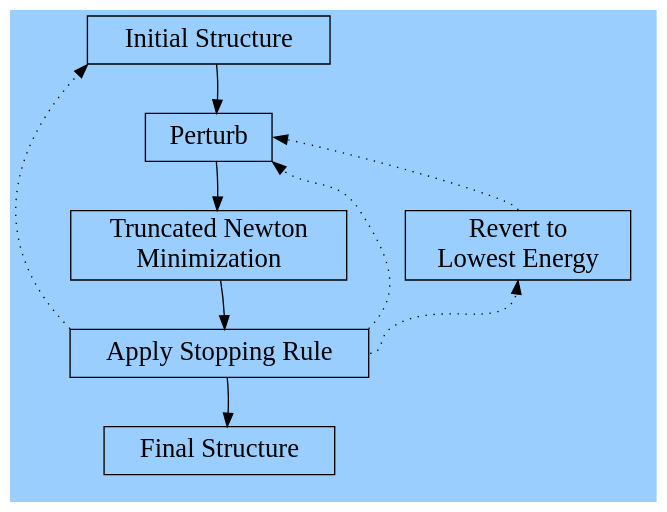
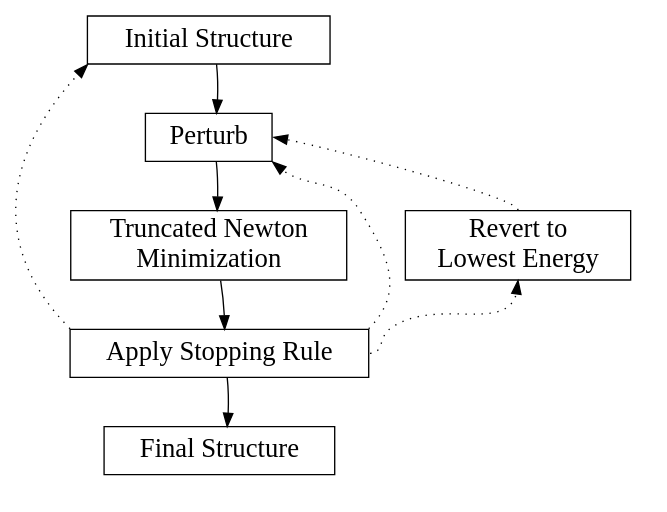
One commit to jbylund/columbia_thesis changed the diagram in dot_files/bfba280abbfd55ca521937ebee6d8d99.dot. Above: the diagram before and after it, drawn with Graphviz. The commit also changed 11 other files, not shown here.

```diff
--- a/dot_files/bfba280abbfd55ca521937ebee6d8d99.dot
+++ b/dot_files/bfba280abbfd55ca521937ebee6d8d99.dot
@@ -1,77 +1,77 @@
 digraph world {
 rankdir="TB"
 //splines=true
 //size="8,8"
-bgcolor="0.58 0.40 1.00"
+//bgcolor="0.58 0.40 1.00"
 //ordering=out;
 
 node [fontsize=20, shape = record];
 //overlap=false
 
 subgraph cluster_0
 {
 	style=invisible;
 	edge [style=invisible,dir=none];
 	start -> perturb -> minimize -> stopping_rule -> final;
 }
 
 subgraph cluster_1 {
 	style=invisible;
 	node [style=invisible];
 	edge [style=invisible,dir=none];
 	b1 -> b2 -> revert_lowest -> b4 -> b5;
 	revert_lowest [ style = solid ];
 }
 
 minimize -> stopping_rule;
 perturb -> minimize;
 revert_lowest:n -> perturb:e [ style = "dotted" ];
 start -> perturb;
 stopping_rule -> final;
 stopping_rule:e -> revert_lowest:s [ style = "dotted" ];
 stopping_rule:ne -> perturb:se [ style = "dotted" ];
 stopping_rule:nw -> start:sw [ style = "dotted" ];
 
 start [label="Initial Structure"];
 perturb [label="Perturb"];
 minimize [label="Truncated Newton\nMinimization"];
 stopping_rule [label="Apply Stopping Rule"];
 final [label="Final Structure"];
 revert_lowest [label="Revert to\nLowest Energy"];
 
 { rank=same; start b1; }
 }
 
 
 //subgraph cluster_0 {
 //style="invisible"
 
 //perturb [label = "Perturb"];
 //stop_rule [label = "Apply Stopping Rule"];
 //finish [label = "Finish"];
 //}
 
 //minimize [label = "TN-Minimization"];
 //revert_lowest [label = "Revert to Lowest\nEnergy Sampled (global)"];
 
 
 ////dummy1 [shape = plaintext, label = "" ]
 ////dummy2 [shape = plaintext, label = "" ]
 ////dummy4 [shape = plaintext, label = "" ]
 ////dummy5 [shape = plaintext, label = "" ]
 ////dummy1 -> dummy2
 ////dummy2 -> revert_lowest
 ////revert_lowest -> dummy4
 ////dummy4 -> dummy5
 
 
 ////{ rank=same; minimize revert_lowest; }
 
 //start -> perturb
 //perturb -> minimize
 //stop_rule -> revert_lowest [ style = "dotted" ];
 //stop_rule -> start [ style = "dotted" ];
 //stop_rule -> perturb [ style = "dotted" ];
 //revert_lowest -> perturb
 //minimize -> stop_rule
 //stop_rule -> finish
```
